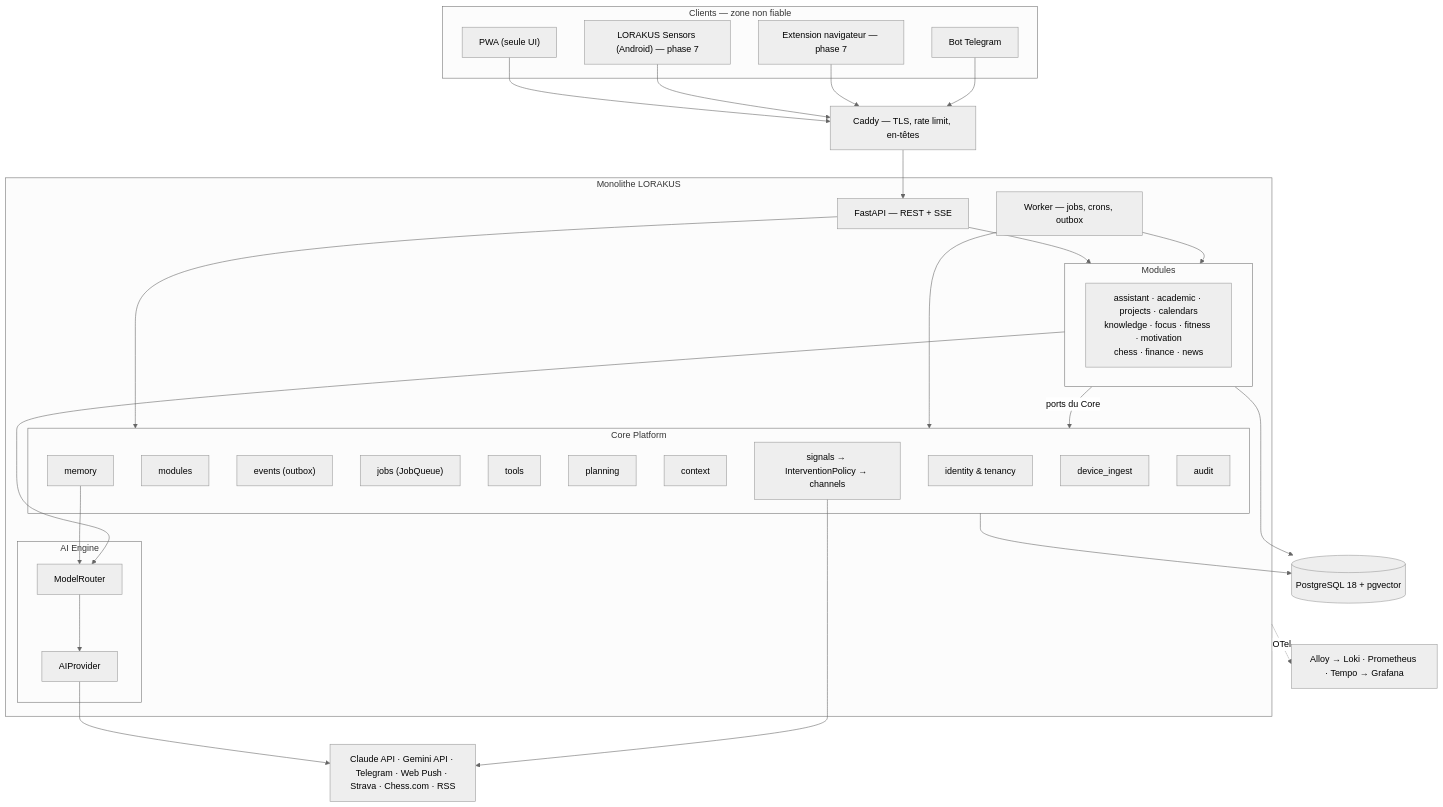
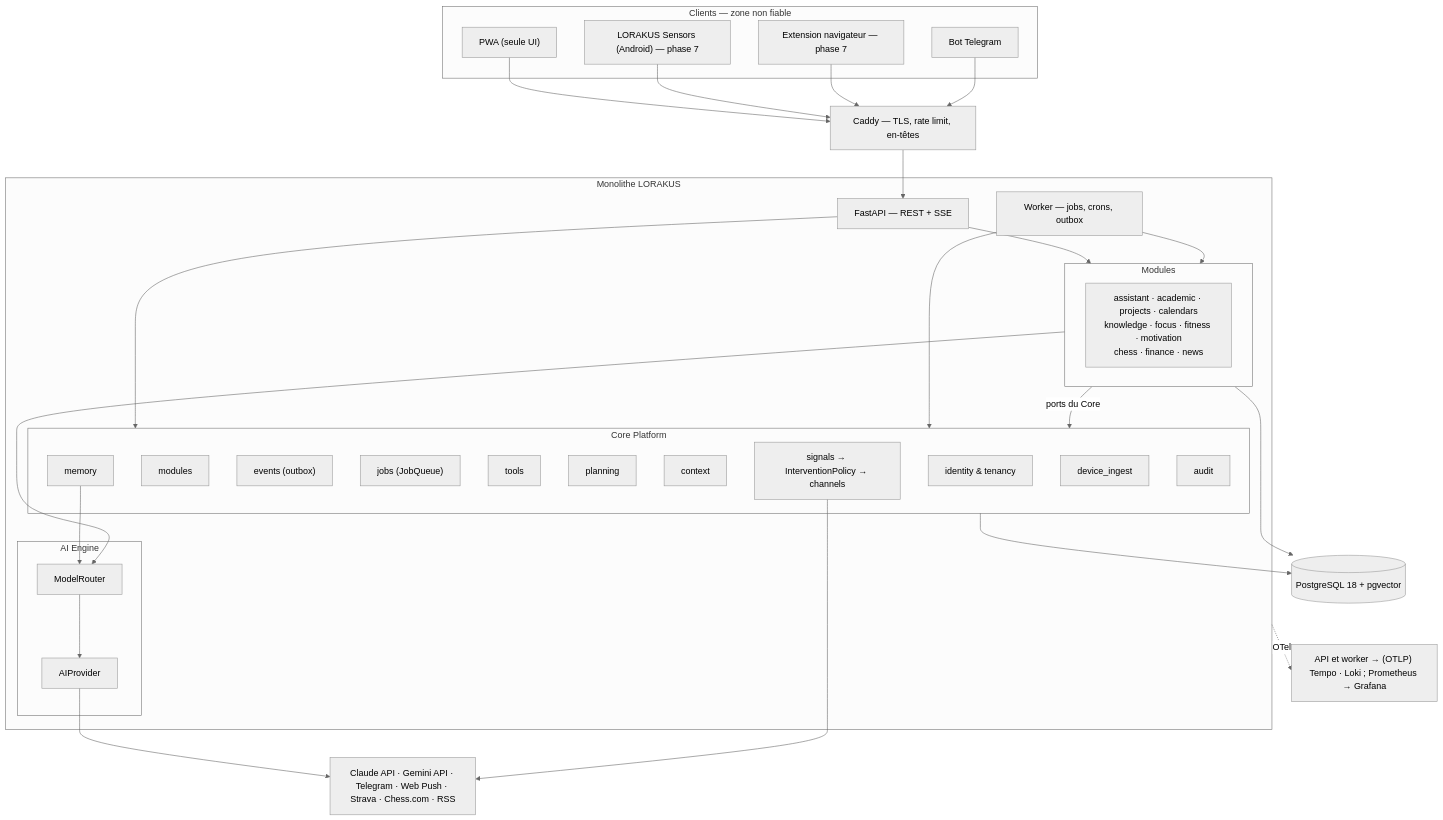
Before and after one commit to AnasKnanoua/lorakus: the diagram in ARCHITECTURE.md, drawn with Mermaid (neutral theme). The commit also changed other lines of this file and 34 other files, not shown here.

Commit message:
feat(observability): OpenTelemetry traces to Tempo and logs to Loki (PR 40) (#58)

````diff
--- a/ARCHITECTURE.md
+++ b/ARCHITECTURE.md
@@ -9,54 +9,54 @@
 ```mermaid
 flowchart TB
   subgraph Clients["Clients — zone non fiable"]
     PWA["PWA (seule UI)"]
     SENS["LORAKUS Sensors (Android) — phase 7"]
     EXT["Extension navigateur — phase 7"]
     TG["Bot Telegram"]
   end
   CADDY["Caddy — TLS, rate limit, en-têtes"]
   subgraph App["Monolithe LORAKUS"]
     API["FastAPI — REST + SSE"]
     WORKER["Worker — jobs, crons, outbox"]
     subgraph Core["Core Platform"]
       IAM["identity & tenancy"]
       REG["modules"]
       BUS["events (outbox)"]
       JOBS["jobs (JobQueue)"]
       TOOLS["tools"]
       PLAN["planning"]
       CTX["context"]
       SIG["signals → InterventionPolicy → channels"]
       MEM["memory"]
       ING["device_ingest"]
       AUD["audit"]
     end
     subgraph AI["AI Engine"]
       ROUTER["ModelRouter"]
       PORT["AIProvider"]
     end
     subgraph Mods["Modules"]
       M["assistant · academic · projects · calendars<br/>knowledge · focus · fitness · motivation<br/>chess · finance · news"]
     end
   end
   PG[("PostgreSQL 18 + pgvector")]
-  OBS["Alloy → Loki · Prometheus · Tempo → Grafana"]
+  OBS["API et worker → (OTLP) Tempo · Loki ; Prometheus → Grafana"]
   EXTP["Claude API · Gemini API · Telegram · Web Push · Strava · Chess.com · RSS"]
   PWA --> CADDY
   SENS --> CADDY
   EXT --> CADDY
   TG --> CADDY
   CADDY --> API
   API --> Core
   API --> Mods
   WORKER --> Core
   WORKER --> Mods
   Mods -->|ports du Core| Core
   Mods --> ROUTER
   MEM --> ROUTER
   ROUTER --> PORT --> EXTP
   SIG --> EXTP
   Core --> PG
   Mods --> PG
   App -. OTel .-> OBS
 ```
````
